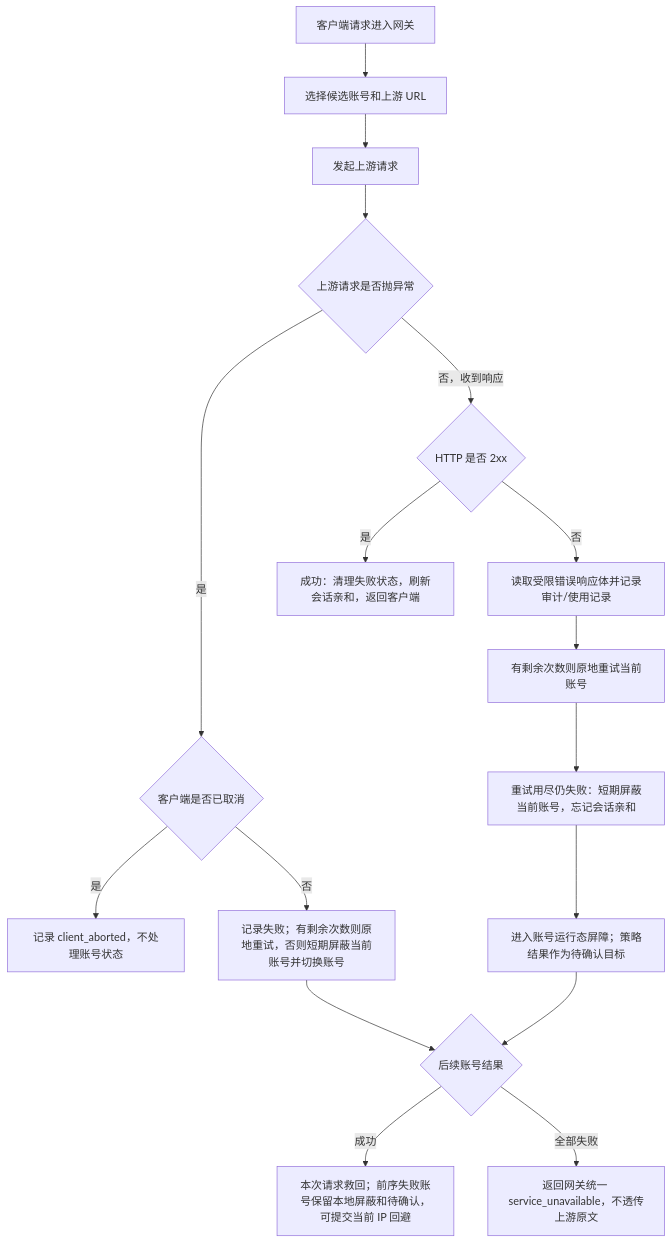
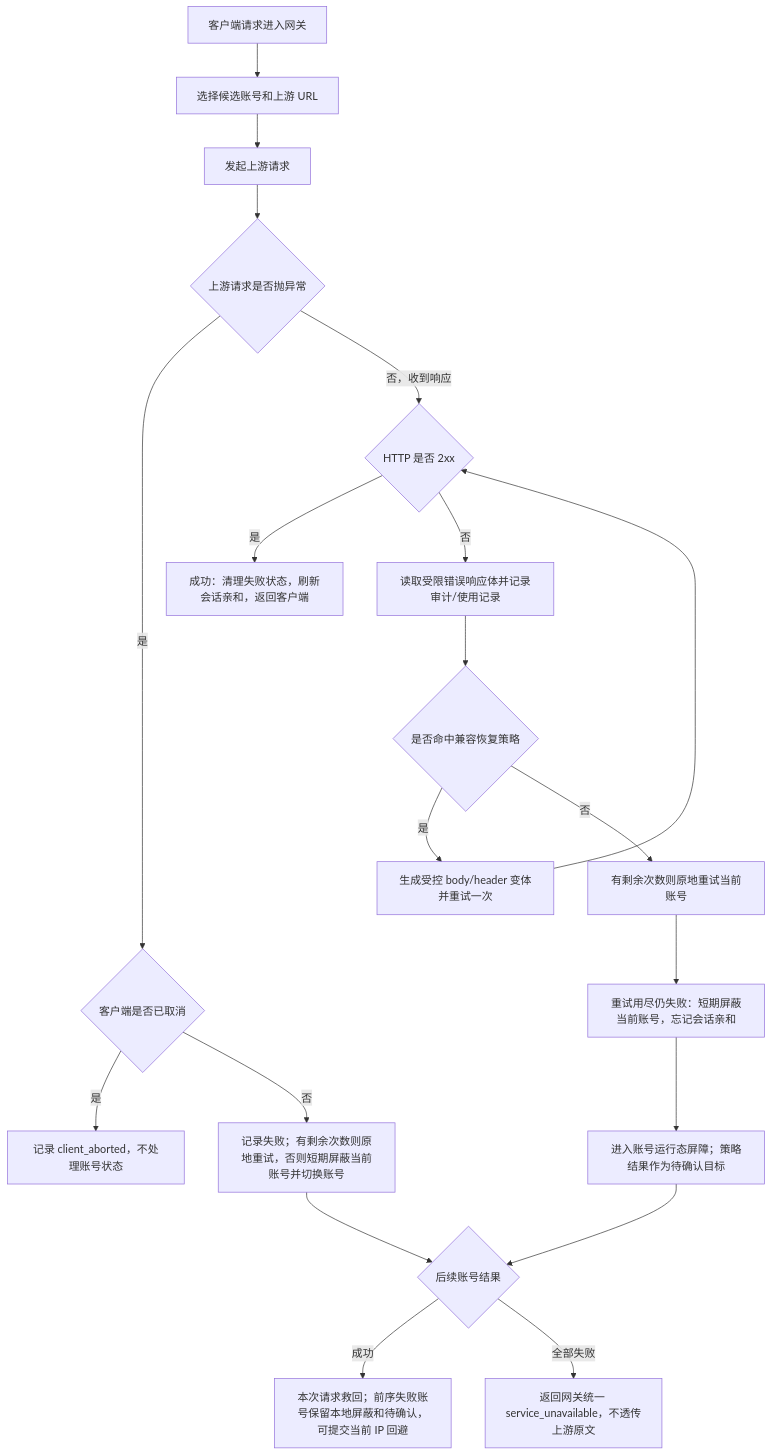
One commit to huanmin123/juhe-ai changed the first of 3 diagrams in docs/functions/网关异常重试与兜底策略.md. Above: the diagram before and after it, drawn with Mermaid. The commit also changed other lines of this file and 16 other files, not shown here.

````diff
--- a/docs/functions/网关异常重试与兜底策略.md
+++ b/docs/functions/网关异常重试与兜底策略.md
@@ -36,20 +37,23 @@
 ```mermaid
 flowchart TD
   A["客户端请求进入网关"] --> B["选择候选账号和上游 URL"]
   B --> C["发起上游请求"]
   C --> D{"上游请求是否抛异常"}
   D -- "是" --> E{"客户端是否已取消"}
   E -- "是" --> F["记录 client_aborted，不处理账号状态"]
   E -- "否" --> I["记录失败；有剩余次数则原地重试，否则短期屏蔽当前账号并切换账号"]
 
   D -- "否，收到响应" --> J{"HTTP 是否 2xx"}
   J -- "是" --> K["成功：清理失败状态，刷新会话亲和，返回客户端"]
   J -- "否" --> L["读取受限错误响应体并记录审计/使用记录"]
-  L --> R["有剩余次数则原地重试当前账号"]
+  L --> Q{"是否命中兼容恢复策略"}
+  Q -- "是" --> Q1["生成受控 body/header 变体并重试一次"]
+  Q -- "否" --> R["有剩余次数则原地重试当前账号"]
+  Q1 --> J
   R --> X["重试用尽仍失败：短期屏蔽当前账号，忘记会话亲和"]
   X --> P["进入账号运行态屏障；策略结果作为待确认目标"]
   P --> T{"后续账号结果"}
   I --> T
   T -- "成功" --> U["本次请求救回；前序失败账号保留本地屏蔽和待确认，可提交当前 IP 回避"]
   T -- "全部失败" --> W["返回网关统一 service_unavailable，不透传上游原文"]
 ```
````
